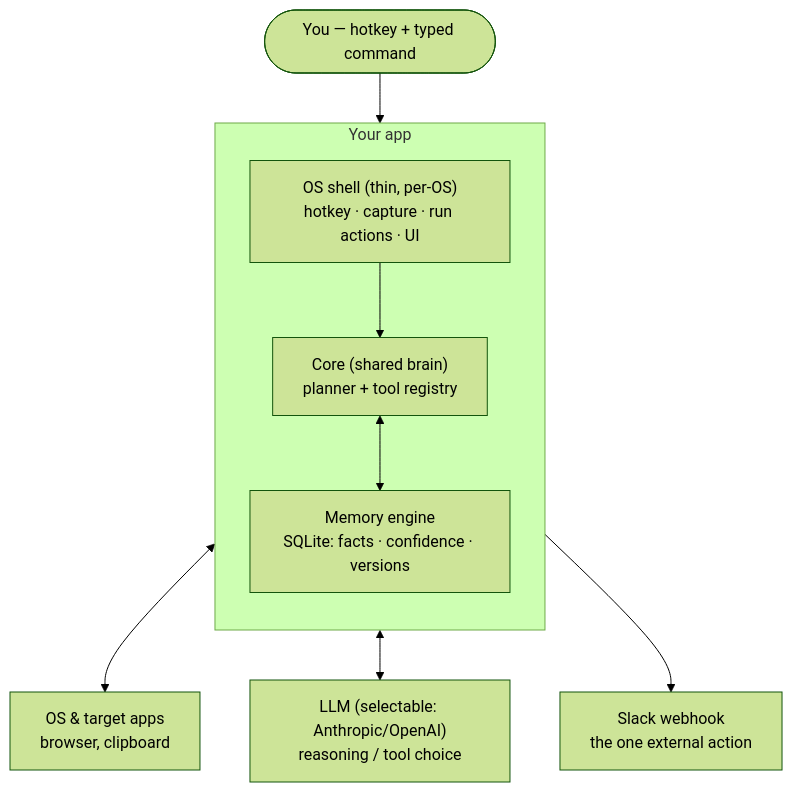
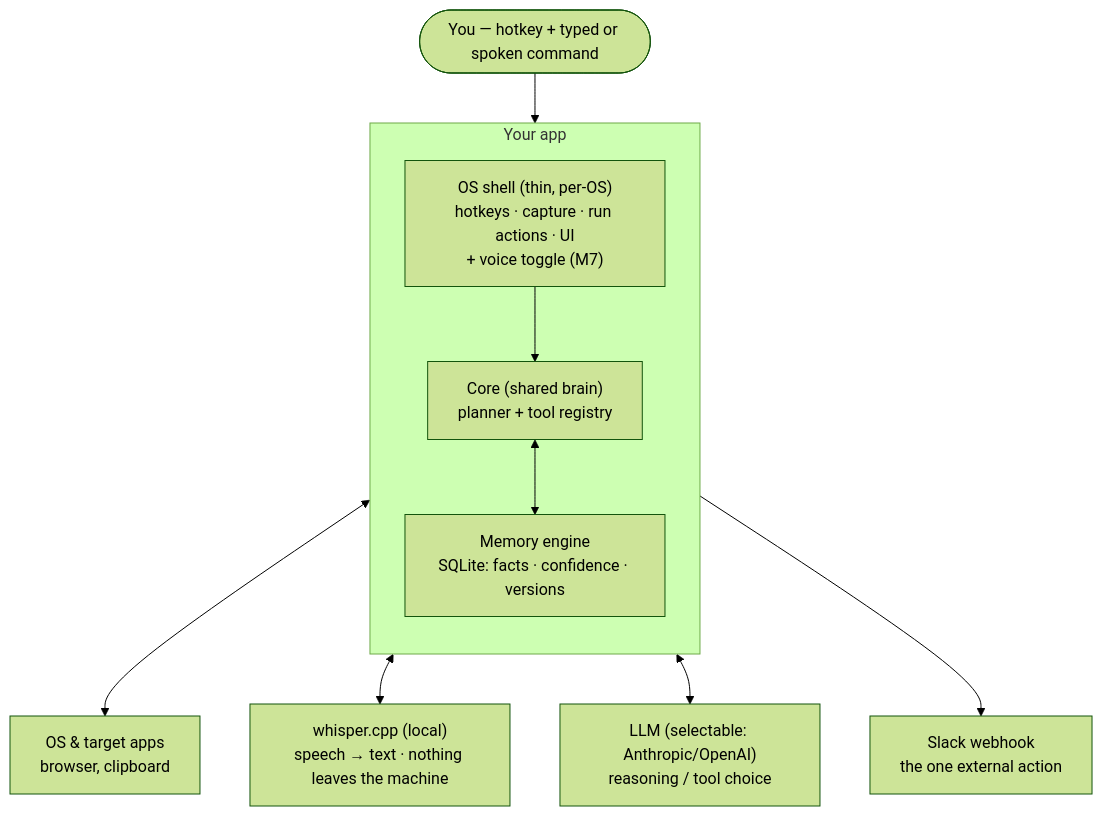
Before and after one commit to Sejall-089/voice-agent: the first of 6 diagrams in ARCHITECTURE.md, drawn with Mermaid (forest theme). The commit also changed other lines of this file and 20 other files, not shown here.

````diff
--- a/ARCHITECTURE.md
+++ b/ARCHITECTURE.md
@@ -28,22 +28,24 @@
 ```mermaid
 flowchart TB
-    User(["You — hotkey + typed command"])
+    User(["You — hotkey + typed or spoken command"])
 
     subgraph App["Your app"]
         direction TB
-        Shell["OS shell (thin, per-OS)<br/>hotkey · capture · run actions · UI"]
+        Shell["OS shell (thin, per-OS)<br/>hotkeys · capture · run actions · UI<br/>+ voice toggle (M7)"]
         Core["Core (shared brain)<br/>planner + tool registry"]
         Memory["Memory engine<br/>SQLite: facts · confidence · versions"]
         Shell --> Core
         Core <--> Memory
     end
 
+    Whisper["whisper.cpp (local)<br/>speech → text · nothing leaves the machine"]
     LLM["LLM (selectable: Anthropic/OpenAI)<br/>reasoning / tool choice"]
     Slack["Slack webhook<br/>the one external action"]
     OS["OS &amp; target apps<br/>browser, clipboard"]
 
     User --> Shell
     Shell <--> OS
+    Shell <--> Whisper
     Core <--> LLM
     Core --> Slack
 ```
````
